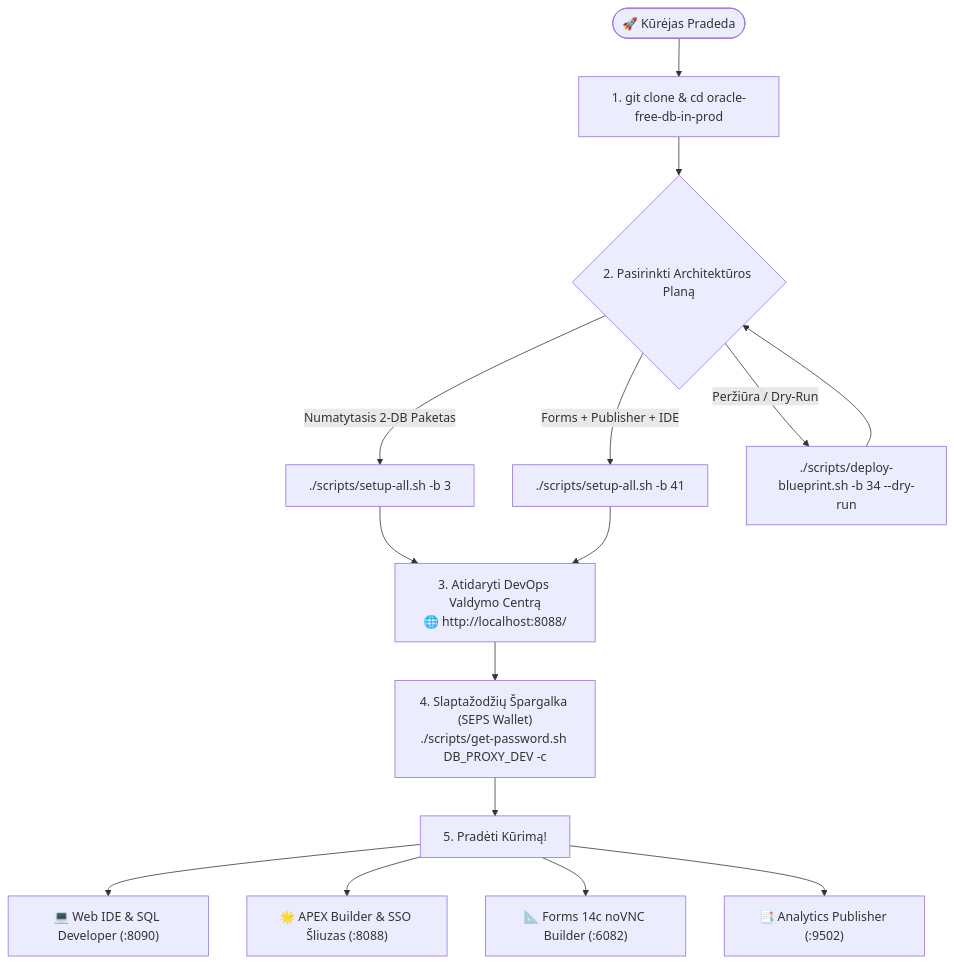
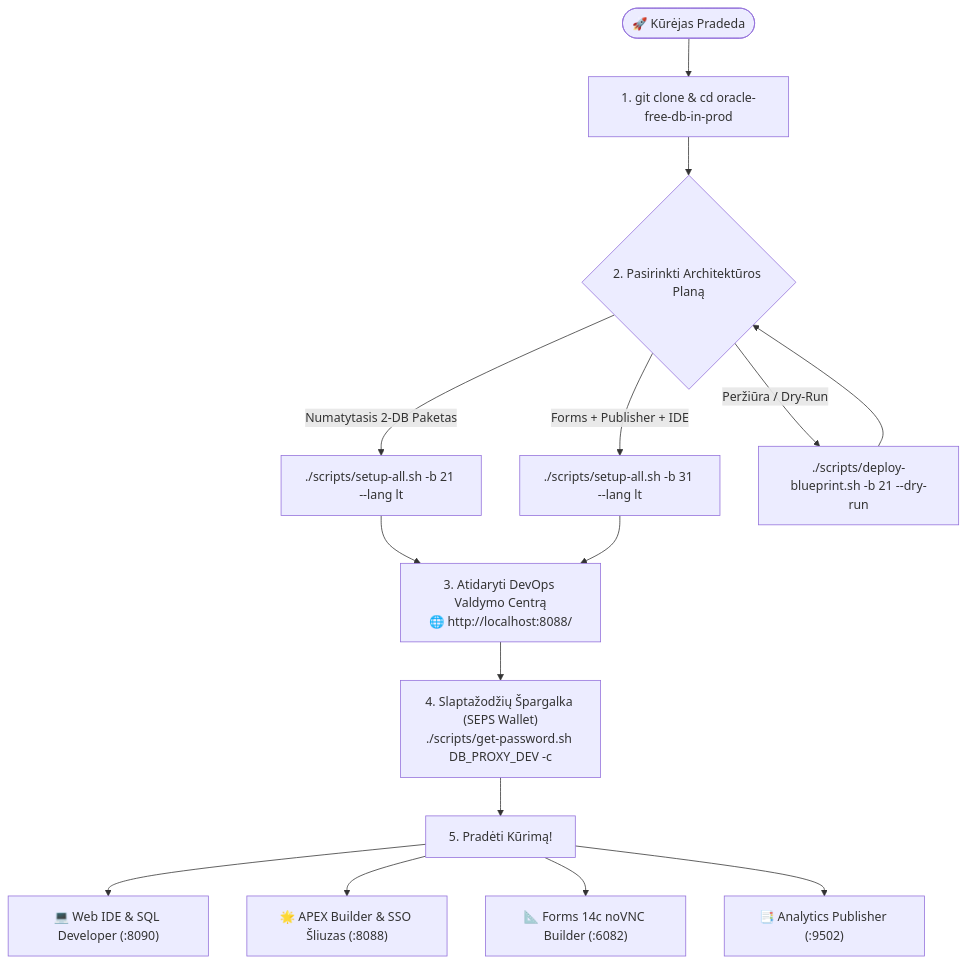
One commit to alahe/oracle-devops-platform changed the first of 3 diagrams in docs/lt/README.md. Above: the diagram before and after it, drawn with Mermaid. The commit also changed other lines of this file and 280 other files, not shown here.

First line of the commit message:
feat(architecture): standardize 15 blueprints, enhance DR snapshot recovery & artifactory publishing

````diff
--- a/docs/lt/README.md
+++ b/docs/lt/README.md
@@ -26,21 +26,21 @@
 ```mermaid
 flowchart TD
     Start(["🚀 Kūrėjas Pradeda"]) --> Clone["1. git clone & cd oracle-free-db-in-prod"]
     Clone --> ChooseBP{"2. Pasirinkti Architektūros Planą"}
     
-    ChooseBP -->|Numatytasis 2-DB Paketas| BP3["./scripts/setup-all.sh -b 3"]
-    ChooseBP -->|Forms + Publisher + IDE| BP41["./scripts/setup-all.sh -b 41"]
-    ChooseBP -->|Peržiūra / Dry-Run| BPDry["./scripts/deploy-blueprint.sh -b 34 --dry-run"]
+    ChooseBP -->|Numatytasis 2-DB Paketas| BP21["./scripts/setup-all.sh -b 21 --lang lt"]
+    ChooseBP -->|Forms + Publisher + IDE| BP31["./scripts/setup-all.sh -b 31 --lang lt"]
+    ChooseBP -->|Peržiūra / Dry-Run| BPDry["./scripts/deploy-blueprint.sh -b 21 --dry-run"]
     
-    BP3 --> DevHub["3. Atidaryti DevOps Valdymo Centrą<br/>🌐 http://localhost:8088/"]
-    BP41 --> DevHub
+    BP21 --> DevHub["3. Atidaryti DevOps Valdymo Centrą<br/>🌐 http://localhost:8088/"]
+    BP31 --> DevHub
     BPDry --> ChooseBP
     
     DevHub --> PwdSpikker["4. Slaptažodžių Špargalka (SEPS Wallet)<br/>./scripts/get-password.sh DB_PROXY_DEV -c"]
     
     PwdSpikker --> DevWork["5. Pradėti Kūrimą!"]
     DevWork --> WorkIDE["💻 Web IDE & SQL Developer (:8090)"]
     DevWork --> WorkAPEX["🌟 APEX Builder & SSO Šliuzas (:8088)"]
     DevWork --> WorkForms["📐 Forms 14c noVNC Builder (:6082)"]
     DevWork --> WorkPub["📑 Analytics Publisher (:9502)"]
 ```
````
